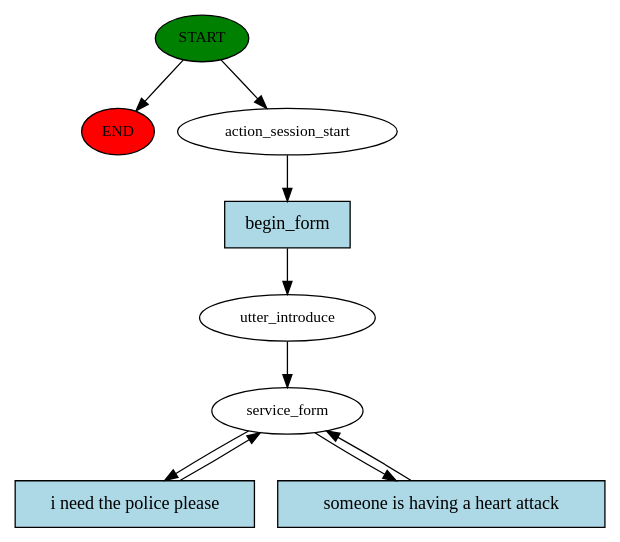
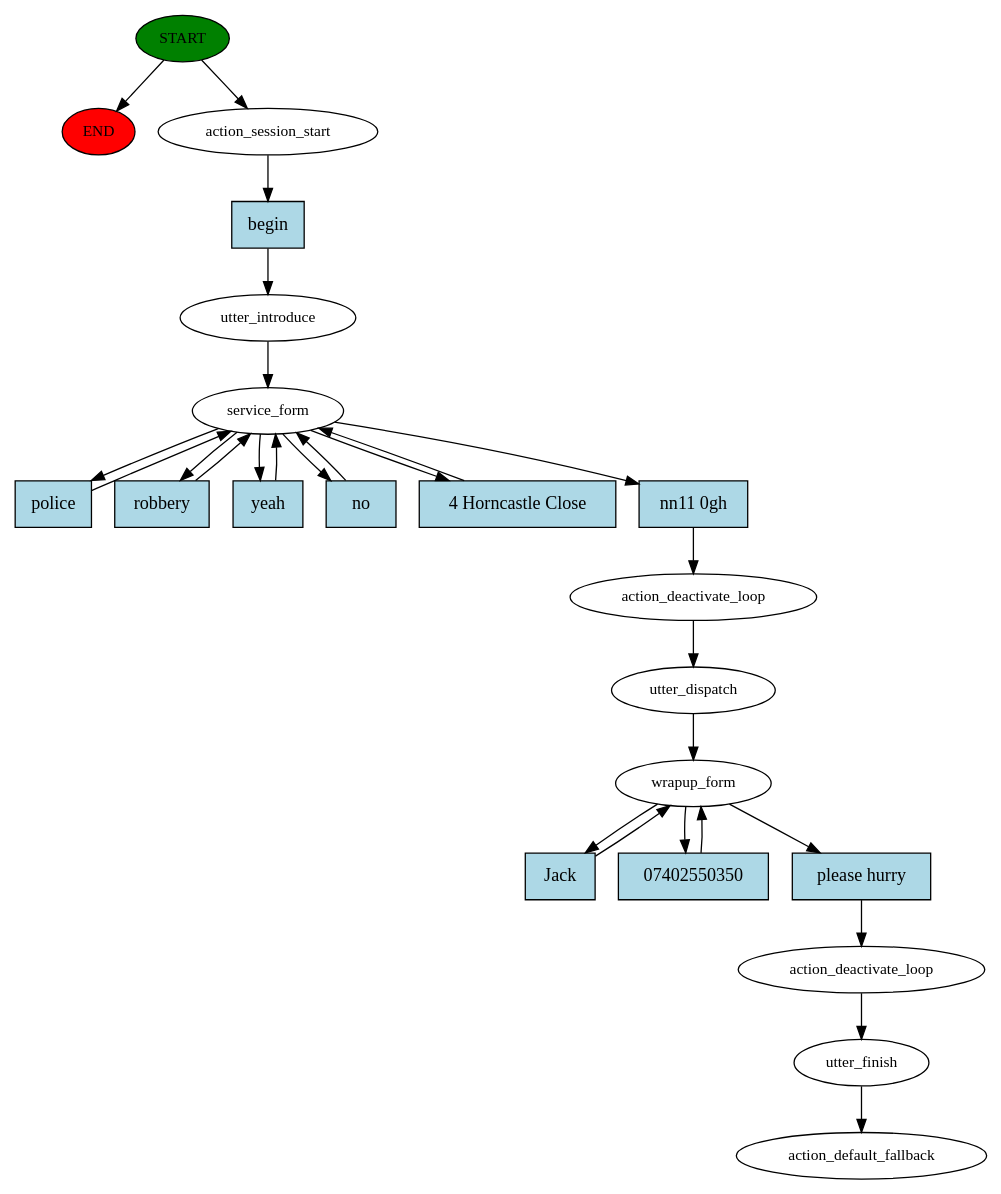
One commit to JackFarmer132/CS310Project changed the diagram in chatbot/story_graph.dot. Above: the diagram before and after it, drawn with Graphviz. The commit also changed 20 other files, not shown here.

```diff
--- a/chatbot/story_graph.dot
+++ b/chatbot/story_graph.dot
@@ -1,19 +1,50 @@
 digraph  {
 0 [class="start active", fillcolor=green, fontsize=12, label=START, style=filled];
 "-1" [class=end, fillcolor=red, fontsize=12, label=END, style=filled];
 1 [class=active, fontsize=12, label=action_session_start];
 2 [class=active, fontsize=12, label=utter_introduce];
-3 [class="active dashed", fontsize=12, label=service_form];
-6 [class="intent active", fillcolor=lightblue, label=begin_form, shape=rect, style=filled];
-7 [class="intent active", fillcolor=lightblue, label="i need the police please", shape=rect, style=filled];
-8 [class="intent active", fillcolor=lightblue, label="someone is having a heart attack", shape=rect, style=filled];
+3 [class=active, fontsize=12, label=service_form];
+9 [class=active, fontsize=12, label=action_deactivate_loop];
+10 [class=active, fontsize=12, label=utter_dispatch];
+11 [class=active, fontsize=12, label=wrapup_form];
+14 [class=active, fontsize=12, label=action_deactivate_loop];
+15 [class=active, fontsize=12, label=utter_finish];
+16 [class="dashed active", fontsize=12, label=action_default_fallback];
+17 [class="intent active", fillcolor=lightblue, label=begin, shape=rect, style=filled];
+18 [class="intent active", fillcolor=lightblue, label=police, shape=rect, style=filled];
+19 [class="intent active", fillcolor=lightblue, label=robbery, shape=rect, style=filled];
+20 [class="intent active", fillcolor=lightblue, label=yeah, shape=rect, style=filled];
+21 [class="intent active", fillcolor=lightblue, label=no, shape=rect, style=filled];
+22 [class="intent active", fillcolor=lightblue, label="4 Horncastle Close", shape=rect, style=filled];
+23 [class="intent active", fillcolor=lightblue, label="nn11 0gh", shape=rect, style=filled];
+24 [class="intent active", fillcolor=lightblue, label=Jack, shape=rect, style=filled];
+25 [class="intent active", fillcolor=lightblue, label=07402550350, shape=rect, style=filled];
+26 [class="intent active", fillcolor=lightblue, label="please hurry", shape=rect, style=filled];
 0 -> "-1"  [class="", key=NONE, label=""];
 0 -> 1  [class=active, key=NONE, label=""];
-1 -> 6  [class=active, key=0];
+1 -> 17  [class=active, key=0];
 2 -> 3  [class=active, key=NONE, label=""];
-3 -> 7  [class=active, key=0];
-3 -> 8  [class=active, key=0];
-6 -> 2  [class=active, key=0];
-7 -> 3  [class=active, key=0];
-8 -> 3  [class=active, key=0];
+3 -> 18  [class=active, key=0];
+3 -> 19  [class=active, key=0];
+3 -> 20  [class=active, key=0];
+3 -> 21  [class=active, key=0];
+3 -> 22  [class=active, key=0];
+3 -> 23  [class=active, key=0];
+9 -> 10  [class=active, key=NONE, label=""];
+10 -> 11  [class=active, key=NONE, label=""];
+11 -> 24  [class=active, key=0];
+11 -> 25  [class=active, key=0];
+11 -> 26  [class=active, key=0];
+14 -> 15  [class=active, key=NONE, label=""];
+15 -> 16  [class=active, key=NONE, label=""];
+17 -> 2  [class=active, key=0];
+18 -> 3  [class=active, key=0];
+19 -> 3  [class=active, key=0];
+20 -> 3  [class=active, key=0];
+21 -> 3  [class=active, key=0];
+22 -> 3  [class=active, key=0];
+23 -> 9  [class=active, key=0];
+24 -> 11  [class=active, key=0];
+25 -> 11  [class=active, key=0];
+26 -> 14  [class=active, key=0];
 }
```
